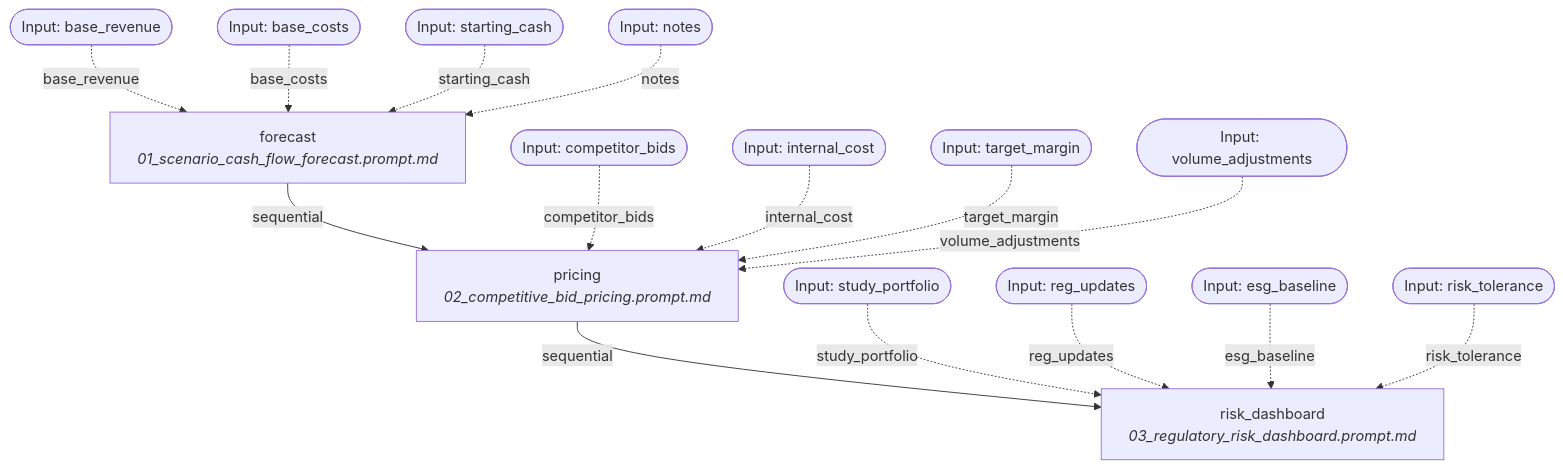
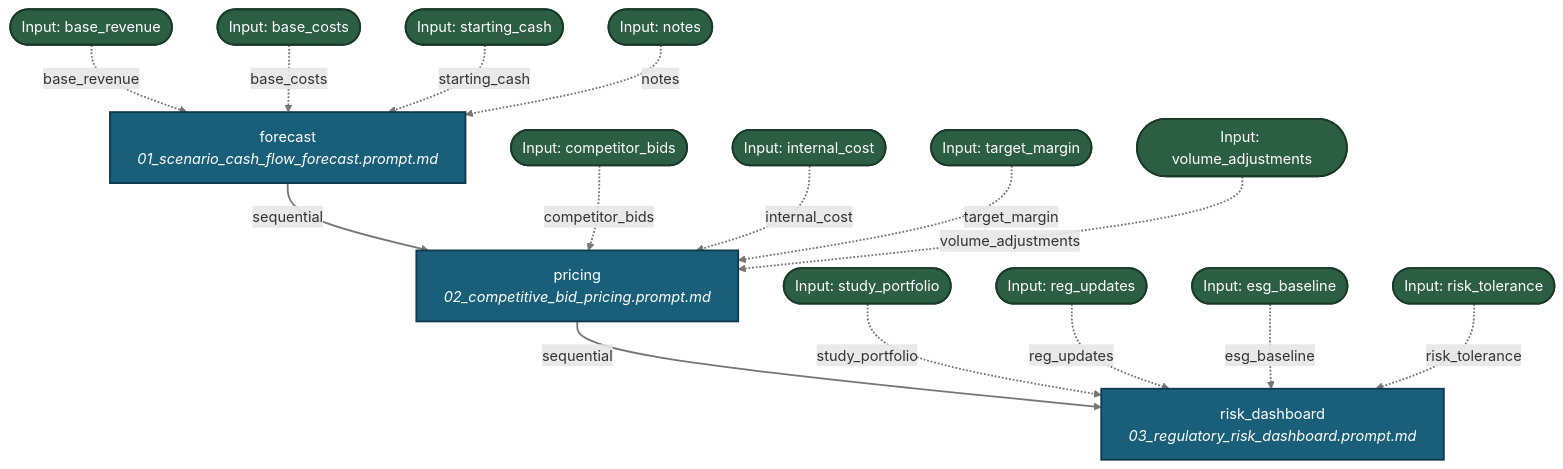
Before and after one commit to fderuiter/proompts: the diagram in docs/workflows/cfo.md, drawn with Mermaid. The commit also changed 267 other files, not shown here.

````diff
--- a/docs/workflows/cfo.md
+++ b/docs/workflows/cfo.md
@@ -11,32 +11,35 @@
 ```mermaid
 graph TD
-    INPUT_base_revenue([Input: base_revenue])
-    INPUT_base_costs([Input: base_costs])
-    INPUT_starting_cash([Input: starting_cash])
-    INPUT_notes([Input: notes])
-    INPUT_competitor_bids([Input: competitor_bids])
-    INPUT_internal_cost([Input: internal_cost])
-    INPUT_target_margin([Input: target_margin])
-    INPUT_volume_adjustments([Input: volume_adjustments])
-    INPUT_study_portfolio([Input: study_portfolio])
-    INPUT_reg_updates([Input: reg_updates])
-    INPUT_esg_baseline([Input: esg_baseline])
-    INPUT_risk_tolerance([Input: risk_tolerance])
-    forecast[forecast<br><i>01_scenario_cash_flow_forecast.prompt.md</i>]
+    classDef stepNode fill:#1a5f7a,stroke:#0d3a4d,stroke-width:2px,color:#ffffff;
+    classDef inputNode fill:#2c5e43,stroke:#183b27,stroke-width:2px,color:#ffffff;
+    INPUT_base_revenue([Input: base_revenue]):::inputNode
+    INPUT_base_costs([Input: base_costs]):::inputNode
+    INPUT_starting_cash([Input: starting_cash]):::inputNode
+    INPUT_notes([Input: notes]):::inputNode
+    INPUT_competitor_bids([Input: competitor_bids]):::inputNode
+    INPUT_internal_cost([Input: internal_cost]):::inputNode
+    INPUT_target_margin([Input: target_margin]):::inputNode
+    INPUT_volume_adjustments([Input: volume_adjustments]):::inputNode
+    INPUT_study_portfolio([Input: study_portfolio]):::inputNode
+    INPUT_reg_updates([Input: reg_updates]):::inputNode
+    INPUT_esg_baseline([Input: esg_baseline]):::inputNode
+    INPUT_risk_tolerance([Input: risk_tolerance]):::inputNode
+    forecast[forecast<br><i>01_scenario_cash_flow_forecast.prompt.md</i>]:::stepNode
     INPUT_base_revenue -. base_revenue .-> forecast
     INPUT_base_costs -. base_costs .-> forecast
     INPUT_starting_cash -. starting_cash .-> forecast
     INPUT_notes -. notes .-> forecast
     forecast -->|sequential| pricing
-    pricing[pricing<br><i>02_competitive_bid_pricing.prompt.md</i>]
+    pricing[pricing<br><i>02_competitive_bid_pricing.prompt.md</i>]:::stepNode
     INPUT_competitor_bids -. competitor_bids .-> pricing
     INPUT_internal_cost -. internal_cost .-> pricing
     INPUT_target_margin -. target_margin .-> pricing
     INPUT_volume_adjustments -. volume_adjustments .-> pricing
     pricing -->|sequential| risk_dashboard
-    risk_dashboard[risk_dashboard<br><i>03_regulatory_risk_dashboard.prompt.md</i>]
+    risk_dashboard[risk_dashboard<br><i>03_regulatory_risk_dashboard.prompt.md</i>]:::stepNode
     INPUT_study_portfolio -. study_portfolio .-> risk_dashboard
     INPUT_reg_updates -. reg_updates .-> risk_dashboard
     INPUT_esg_baseline -. esg_baseline .-> risk_dashboard
     INPUT_risk_tolerance -. risk_tolerance .-> risk_dashboard
+    linkStyle default stroke:#767676,stroke-width:2px;
 ```
````
